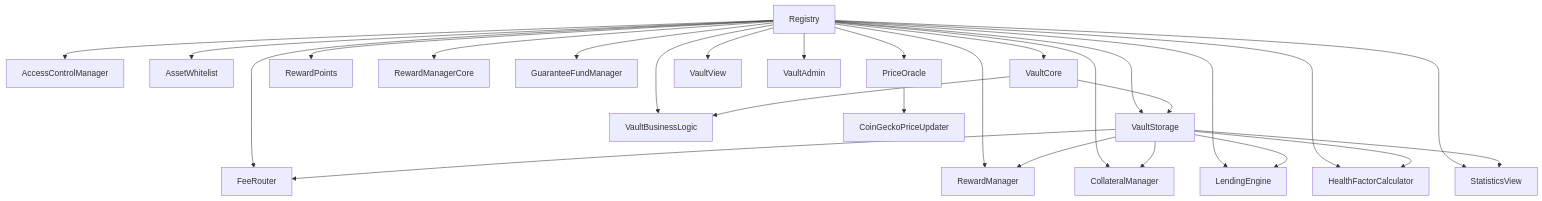
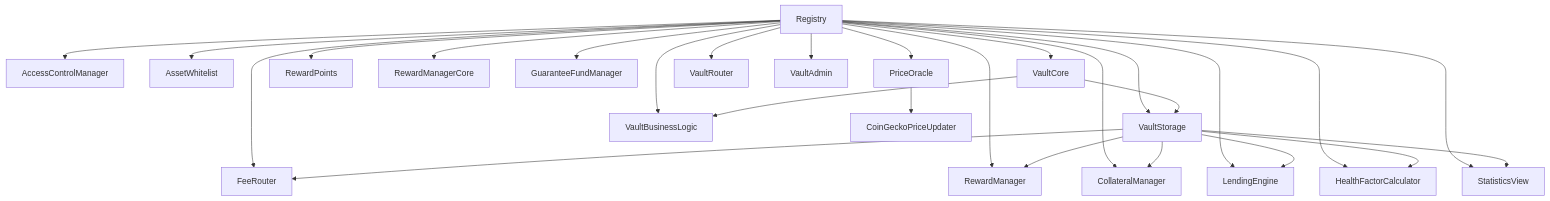
Before and after one commit to Anyawb/contracts: the diagram in docs/FRONTEND_CONTRACTS_INTEGRATION.md, drawn with Mermaid. The commit also changed other lines of this file and 303 other files, not shown here.

````diff
--- a/docs/FRONTEND_CONTRACTS_INTEGRATION.md
+++ b/docs/FRONTEND_CONTRACTS_INTEGRATION.md
@@ -255,29 +255,29 @@
 ```mermaid
 graph TD
   Registry --> AccessControlManager
   Registry --> AssetWhitelist
   Registry --> PriceOracle
   Registry --> FeeRouter
   Registry --> RewardPoints
   Registry --> RewardManagerCore
   Registry --> RewardManager
   Registry --> CollateralManager
   Registry --> LendingEngine
   Registry --> HealthFactorCalculator
   Registry --> StatisticsView
   Registry --> GuaranteeFundManager
   Registry --> VaultStorage
   Registry --> VaultCore
   Registry --> VaultBusinessLogic
-  Registry --> VaultView
+  Registry --> VaultRouter
   Registry --> VaultAdmin
   PriceOracle --> CoinGeckoPriceUpdater
   VaultStorage --> CollateralManager
   VaultStorage --> LendingEngine
   VaultStorage --> HealthFactorCalculator
   VaultStorage --> StatisticsView
   VaultStorage --> FeeRouter
   VaultStorage --> RewardManager
   VaultCore --> VaultStorage
   VaultCore --> VaultBusinessLogic
 ```
````
